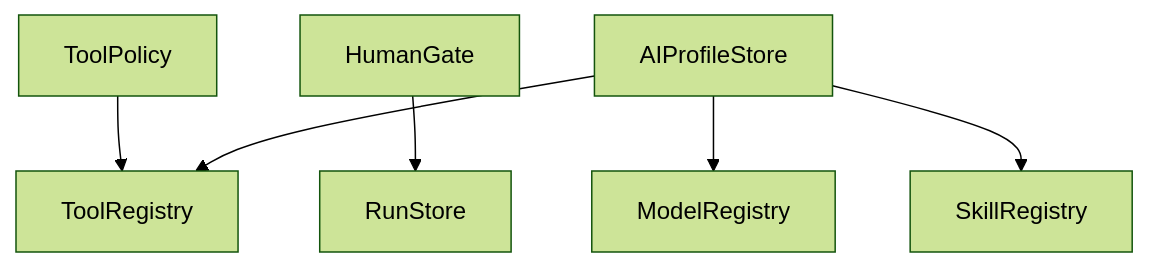
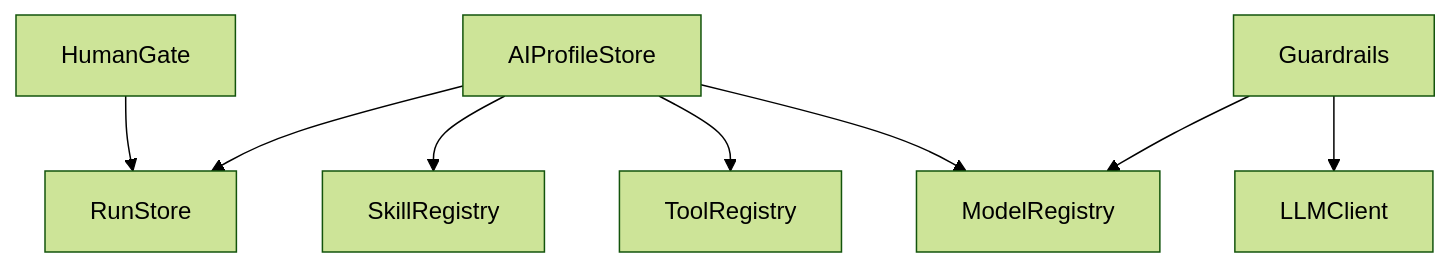
One commit to aneldev/dyna-ai-gateway changed the fifth of 9 diagrams in docs/60-architecture/00-blueprint-classes-and-connections.md. Above: the diagram before and after it, drawn with Mermaid (forest theme). The commit also changed other lines of this file and 82 other files, not shown here.

````diff
--- a/docs/60-architecture/00-blueprint-classes-and-connections.md
+++ b/docs/60-architecture/00-blueprint-classes-and-connections.md
@@ -123,8 +123,10 @@
 ```mermaid
 flowchart TB
-  TP[ToolPolicy] --> TR[ToolRegistry]
   HG[HumanGate] --> RS[RunStore]
   PS[AIProfileStore] --> MR[ModelRegistry]
-  PS --> TR
+  PS --> TR[ToolRegistry]
   PS --> SR[SkillRegistry]
+  PS --> RS
+  GR[Guardrails] --> DR0[LLMClient]
+  GR --> MR
 ```
````
